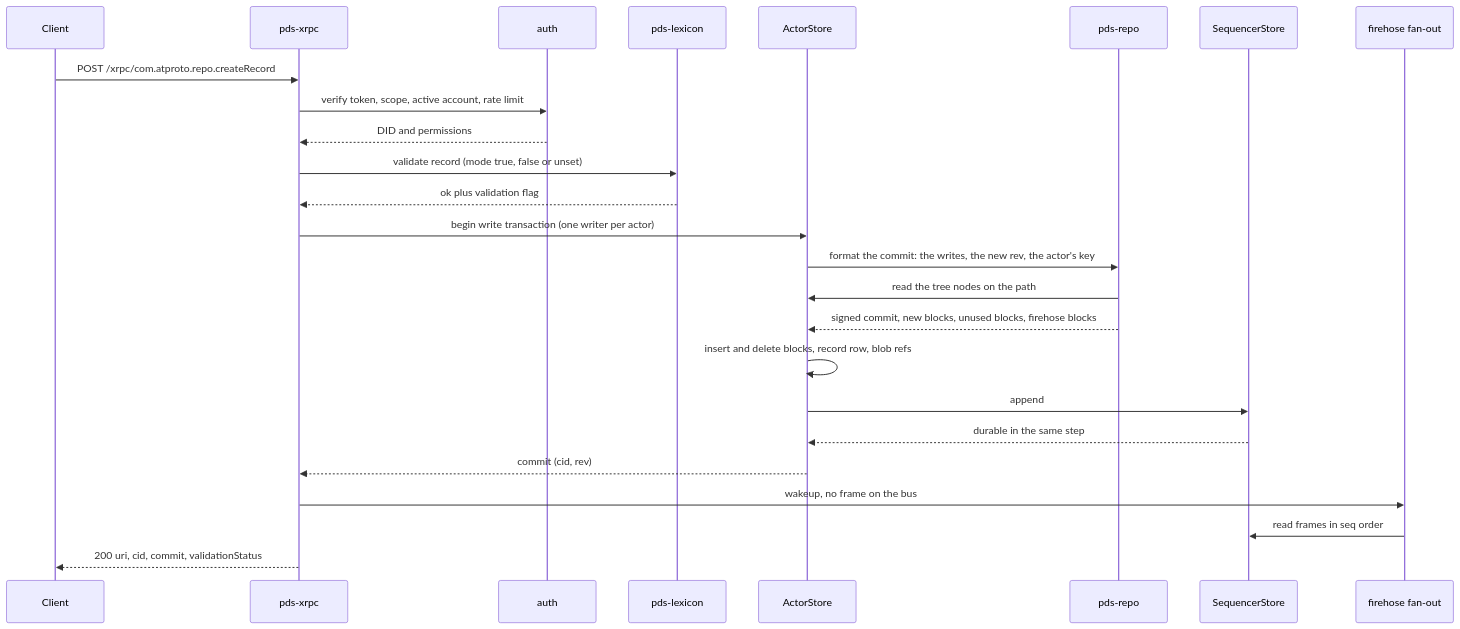
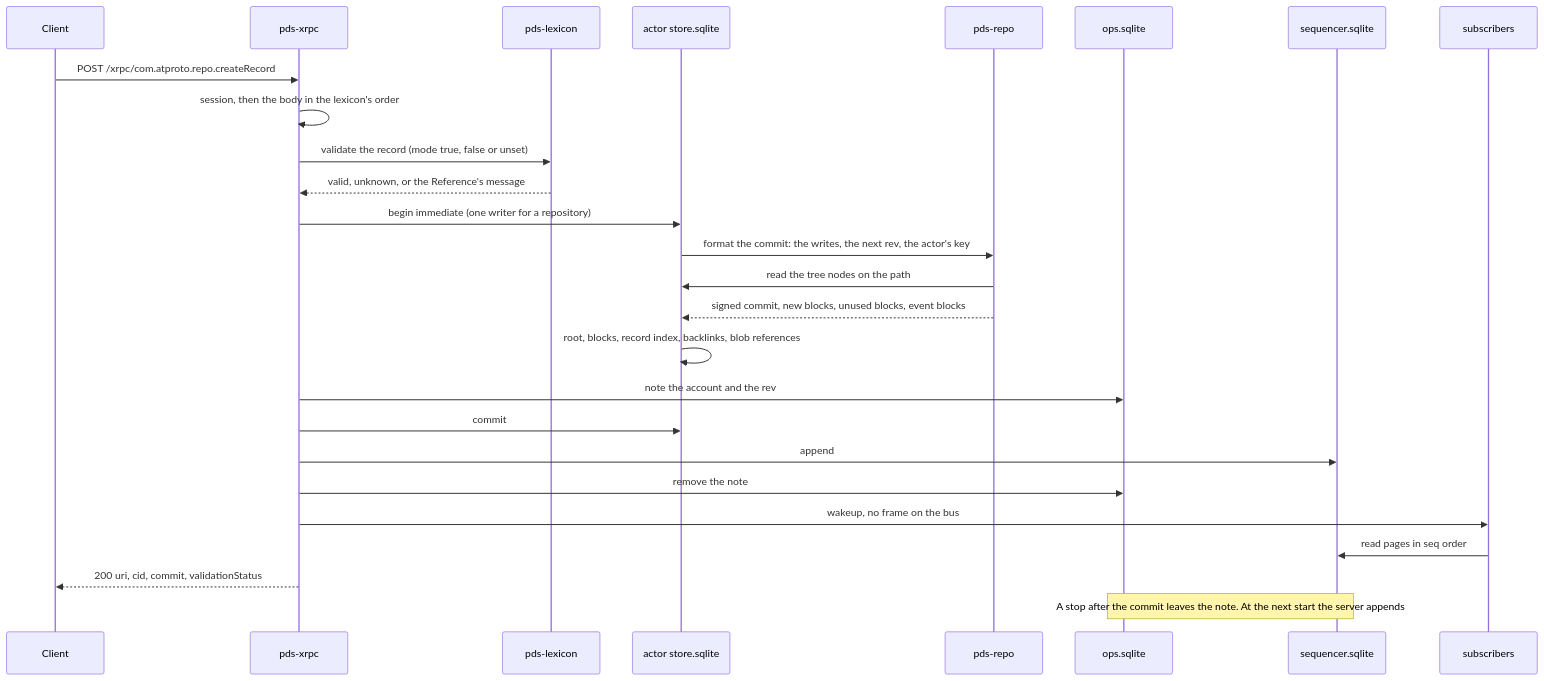
The diagram in docs/architecture/diagrams/05-write-path.mmd (linkjar/pds), drawn with Mermaid before and after one commit. The commit also changed 16 other files, not shown here.

Commit message:
Unit 4: keep actor stores open between writes; diagrams and the plan

```diff
--- a/docs/architecture/diagrams/05-write-path.mmd
+++ b/docs/architecture/diagrams/05-write-path.mmd
@@ -1,25 +1,26 @@
 sequenceDiagram
   participant C as Client
   participant X as pds-xrpc
-  participant A as auth
   participant L as pds-lexicon
-  participant S as ActorStore
+  participant S as actor store.sqlite
   participant R as pds-repo
-  participant Q as SequencerStore
-  participant F as firehose fan-out
+  participant O as ops.sqlite
+  participant Q as sequencer.sqlite
+  participant F as subscribers
   C->>X: POST /xrpc/com.atproto.repo.createRecord
-  X->>A: verify token, scope, active account, rate limit
-  A-->>X: DID and permissions
-  X->>L: validate record (mode true, false or unset)
-  L-->>X: ok plus validation flag
-  X->>S: begin write transaction (one writer per actor)
-  S->>R: format the commit: the writes, the new rev, the actor's key
+  X->>X: session, then the body in the lexicon's order
+  X->>L: validate the record (mode true, false or unset)
+  L-->>X: valid, unknown, or the Reference's message
+  X->>S: begin immediate (one writer for a repository)
+  S->>R: format the commit: the writes, the next rev, the actor's key
   R->>S: read the tree nodes on the path
-  R-->>S: signed commit, new blocks, unused blocks, firehose blocks
-  S->>S: insert and delete blocks, record row, blob refs
-  S->>Q: append #commit (seq, ops, blocks, since, rev, prevData)
-  Q-->>S: durable in the same step
-  S-->>X: commit (cid, rev)
+  R-->>S: signed commit, new blocks, unused blocks, event blocks
+  S->>S: root, blocks, record index, backlinks, blob references
+  X->>O: note the account and the rev
+  X->>S: commit
+  X->>Q: append #commit (ops, blocks, since, rev, prevData)
+  X->>O: remove the note
   X->>F: wakeup, no frame on the bus
-  F->>Q: read frames in seq order
+  F->>Q: read pages in seq order
   X-->>C: 200 uri, cid, commit, validationStatus
+  Note over O,Q: A stop after the commit leaves the note. At the next start the server appends #sync with the head.
```
